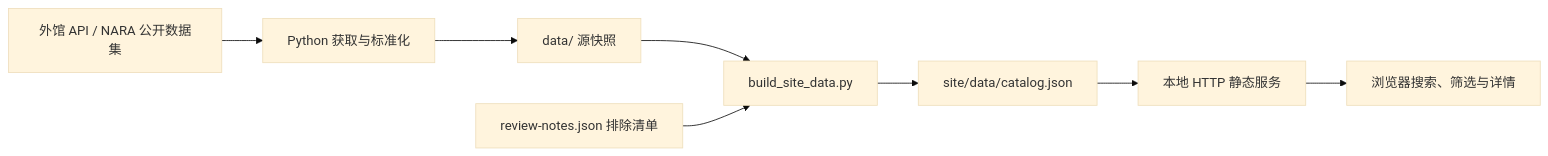
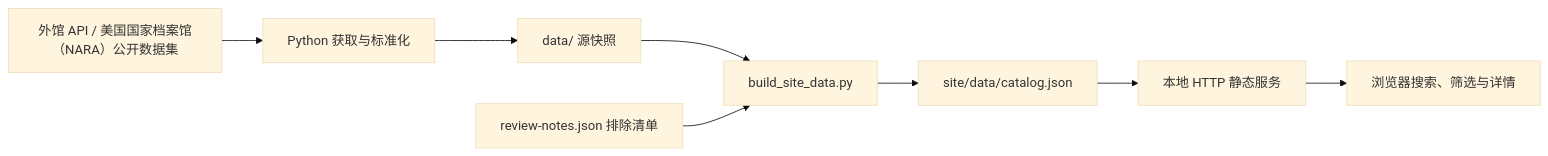
Before and after one commit to sf-pacific-war/memory-next: the diagram in step1/README.md, drawn with Mermaid (base theme). The commit also changed other lines of this file and 8 other files, not shown here.

````diff
--- a/step1/README.md
+++ b/step1/README.md
@@ -148,10 +150,10 @@
 ```mermaid
 flowchart LR
-    A[外馆 API / NARA 公开数据集] --> B[Python 获取与标准化]
+    A[外馆 API / 美国国家档案馆（NARA）公开数据集] --> B[Python 获取与标准化]
     B --> C[data/ 源快照]
     C --> D[build_site_data.py]
     R[review-notes.json 排除清单] --> D
     D --> E[site/data/catalog.json]
     E --> F[本地 HTTP 静态服务]
     F --> G[浏览器搜索、筛选与详情]
 ```
````
